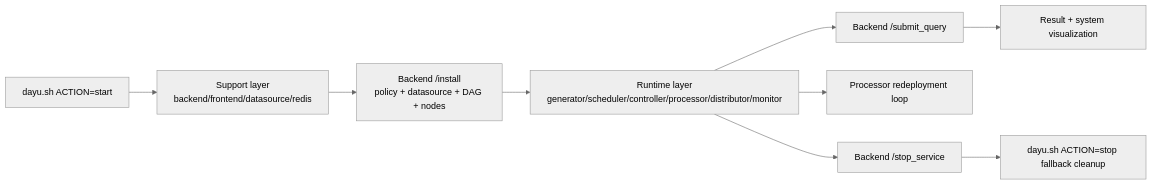
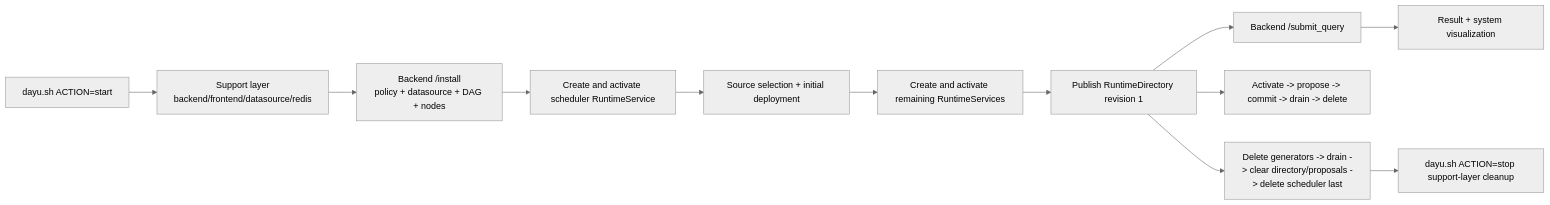
Before and after one commit to dayu-autostreamer/dayu: the first of 4 diagrams in docs/architecture/README.md, drawn with Mermaid (neutral theme). The commit also changed other lines of this file and 148 other files, not shown here.

Commit message:
refactor: centralize Kubernetes lifecycle management with immutable RuntimeServices, exact runtime routing, and configurable cloud processor backups

````diff
--- a/docs/architecture/README.md
+++ b/docs/architecture/README.md
@@ -41,11 +41,14 @@
 ```mermaid
 flowchart LR
     START["dayu.sh ACTION=start"] --> SUPPORT["Support layer\nbackend/frontend/datasource/redis"]
     SUPPORT --> INSTALL["Backend /install\npolicy + datasource + DAG + nodes"]
-    INSTALL --> RUNTIME["Runtime layer\ngenerator/scheduler/controller/processor/distributor/monitor"]
-    RUNTIME --> QUERY["Backend /submit_query"]
+    INSTALL --> SCHEDULER["Create and activate scheduler RuntimeService"]
+    SCHEDULER --> DECIDE["Source selection + initial deployment"]
+    DECIDE --> RUNTIME["Create and activate remaining RuntimeServices"]
+    RUNTIME --> DIRECTORY["Publish RuntimeDirectory revision 1"]
+    DIRECTORY --> QUERY["Backend /submit_query"]
     QUERY --> RESULTS["Result + system visualization"]
-    RUNTIME --> REDEPLOY["Processor redeployment loop"]
-    RUNTIME --> STOP["Backend /stop_service"]
-    STOP --> CLEAN["dayu.sh ACTION=stop fallback cleanup"]
+    DIRECTORY --> REDEPLOY["Activate -> propose -> commit -> drain -> delete"]
+    DIRECTORY --> STOP["Delete generators -> drain -> clear directory/proposals -> delete scheduler last"]
+    STOP --> CLEAN["dayu.sh ACTION=stop support-layer cleanup"]
 ```
````
